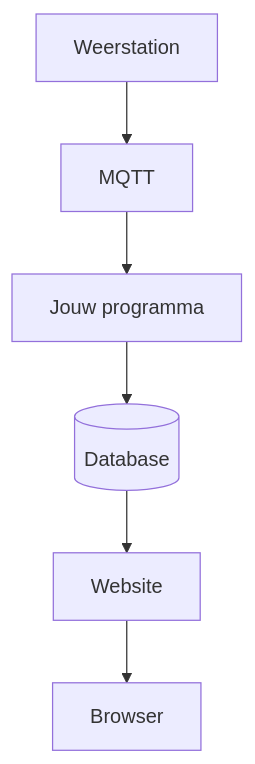
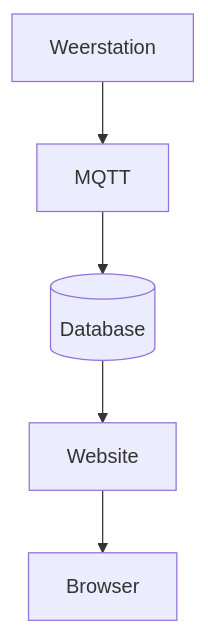
Before and after one commit to guybuys/van-code-tot-server: the second of 2 diagrams in docs/index.md, drawn with Mermaid. The commit also changed other lines of this file and 3 other files, not shown here.

````diff
--- a/docs/index.md
+++ b/docs/index.md
@@ -38,8 +38,7 @@
 ```mermaid
 flowchart TD
   station[Weerstation] --> broker[MQTT]
-  broker --> programma[Jouw programma]
-  programma --> database[(Database)]
+  broker --> database[(Database)]
   database --> website[Website]
   website --> browser[Browser]
 ```
````
